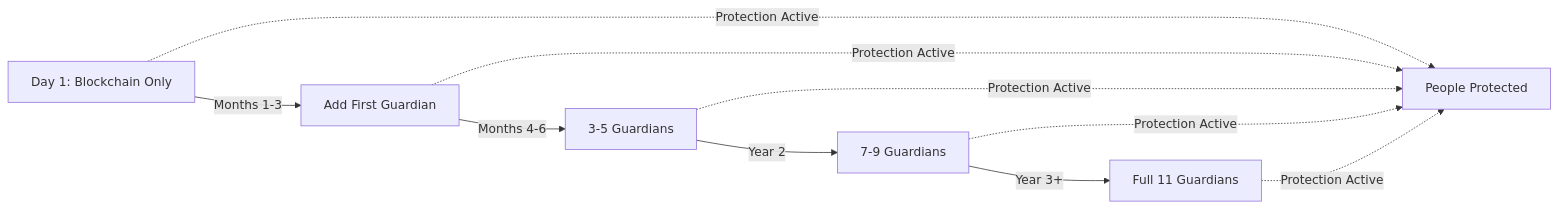
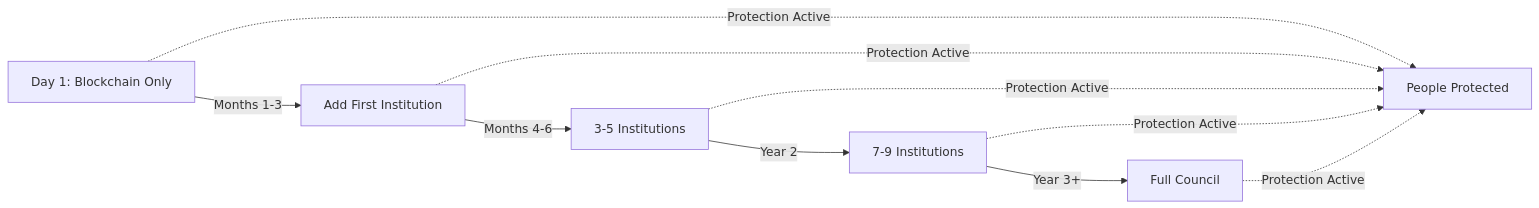
Before and after one commit to FractonicMind/TernaryMoralLogic: the diagram in sdk/adapters/blockchain_adapter.md, drawn with Mermaid. The commit also changed other lines of this file, not shown here.

````diff
--- a/sdk/adapters/blockchain_adapter.md
+++ b/sdk/adapters/blockchain_adapter.md
@@ -389,13 +377,13 @@
 ```mermaid
 graph LR
-    A[Day 1: Blockchain Only] -->|Months 1-3| B[Add First Guardian]
-    B -->|Months 4-6| C[3-5 Guardians]
-    C -->|Year 2| D[7-9 Guardians]
-    D -->|Year 3+| E[Full 11 Guardians]
+    A[Day 1: Blockchain Only] -->|Months 1-3| B[Add First Institution]
+    B -->|Months 4-6| C[3-5 Institutions]
+    C -->|Year 2| D[7-9 Institutions]
+    D -->|Year 3+| E[Full Council]
     
     A -.->|Protection Active| P[People Protected]
     B -.->|Protection Active| P
     C -.->|Protection Active| P
     D -.->|Protection Active| P
     E -.->|Protection Active| P
 ```
````
